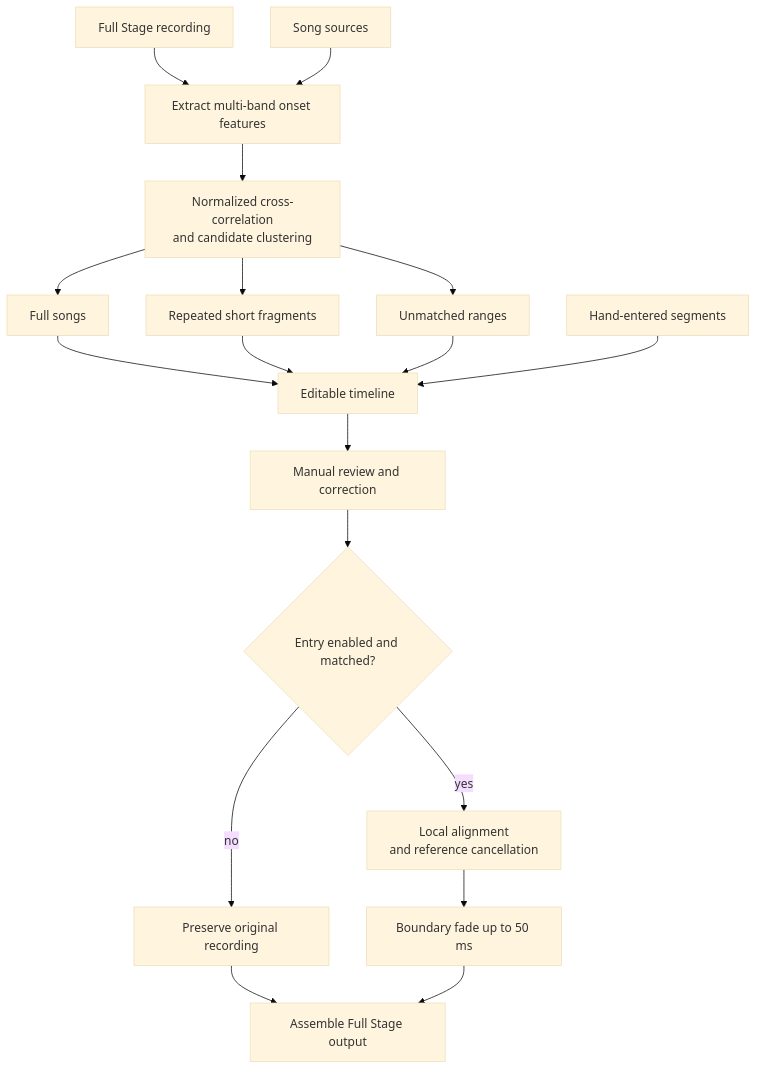
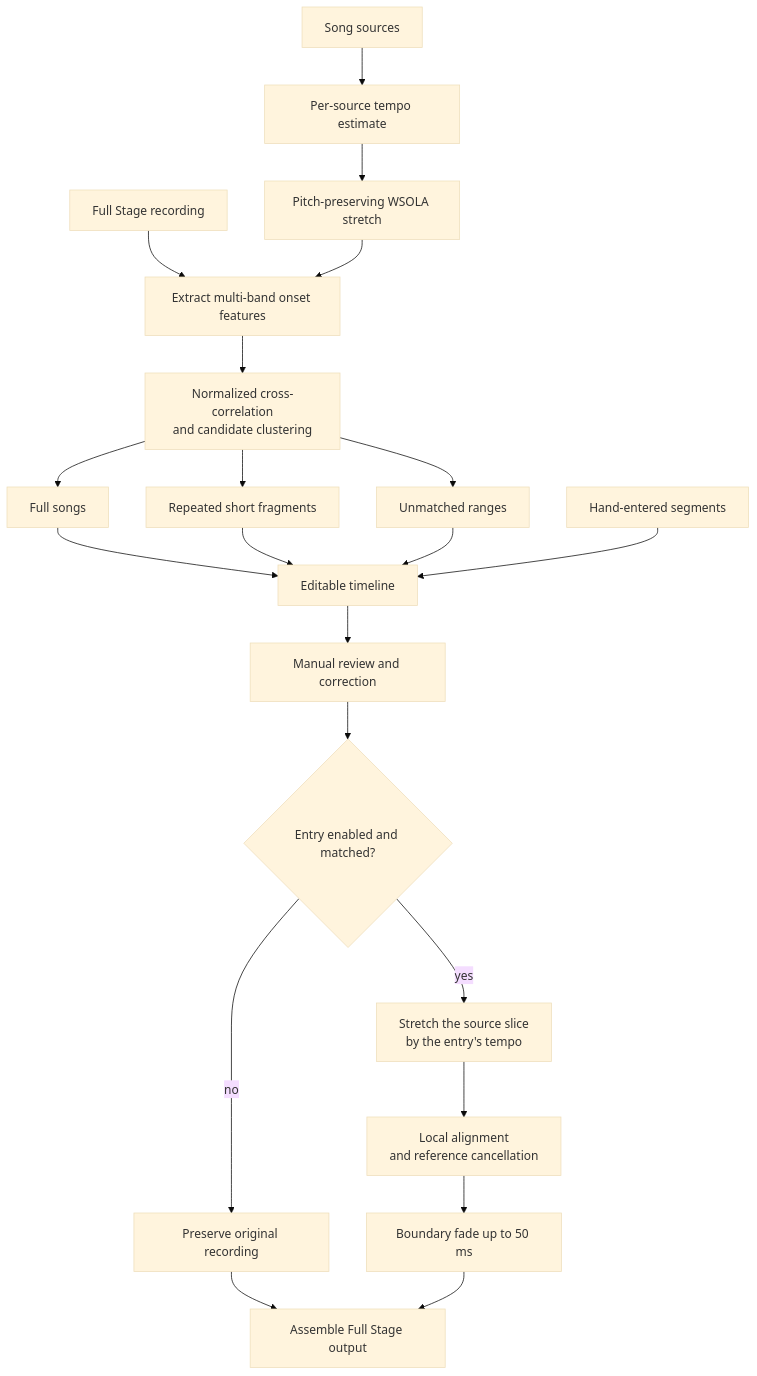
The diagram in docs/en/full-stage.md (ChouChiu/Purivox), drawn with Mermaid (base theme) before and after one commit. The commit also changed other lines of this file and 39 other files, not shown here.

````diff
--- a/docs/en/full-stage.md
+++ b/docs/en/full-stage.md
@@ -18,20 +18,23 @@
 ```mermaid
 flowchart TB
     stage["Full Stage recording"] --> feature["Extract multi-band onset features"]
-    sources["Song sources"] --> feature
+    sources["Song sources"] --> speed["Per-source tempo estimate"]
+    speed --> stretch["Pitch-preserving WSOLA stretch"]
+    stretch --> feature
     feature --> match["Normalized cross-correlation<br/>and candidate clustering"]
     match --> song["Full songs"]
     match --> fragment["Repeated short fragments"]
     match --> unmatched["Unmatched ranges"]
     song --> timeline["Editable timeline"]
     fragment --> timeline
     unmatched --> timeline
     manual["Hand-entered segments"] --> timeline
     timeline --> review["Manual review and correction"]
     review --> render{"Entry enabled and matched?"}
-    render -->|yes| cancel["Local alignment<br/>and reference cancellation"]
+    render -->|yes| rescale["Stretch the source slice<br/>by the entry's tempo"]
+    rescale --> cancel["Local alignment<br/>and reference cancellation"]
     render -->|no| original["Preserve original recording"]
     cancel --> blend["Boundary fade up to 50 ms"]
     original --> output["Assemble Full Stage output"]
     blend --> output
 ```
````
